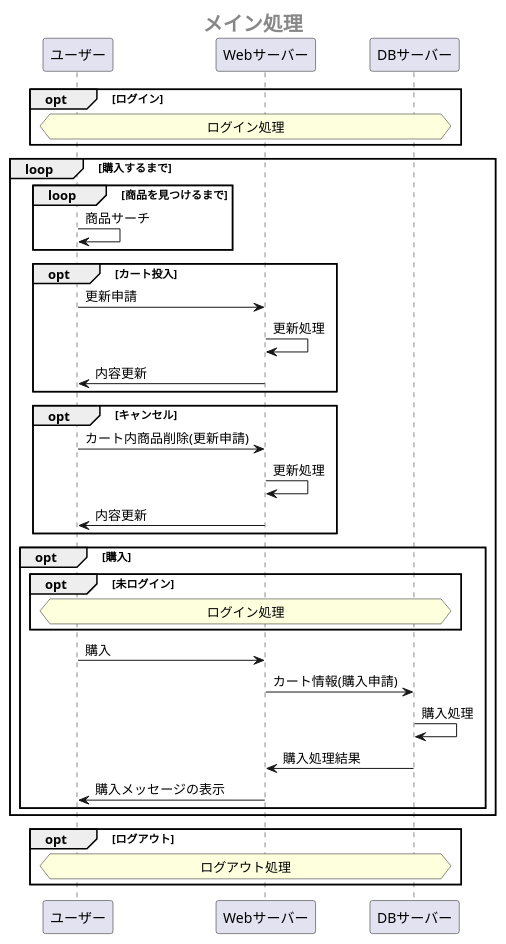
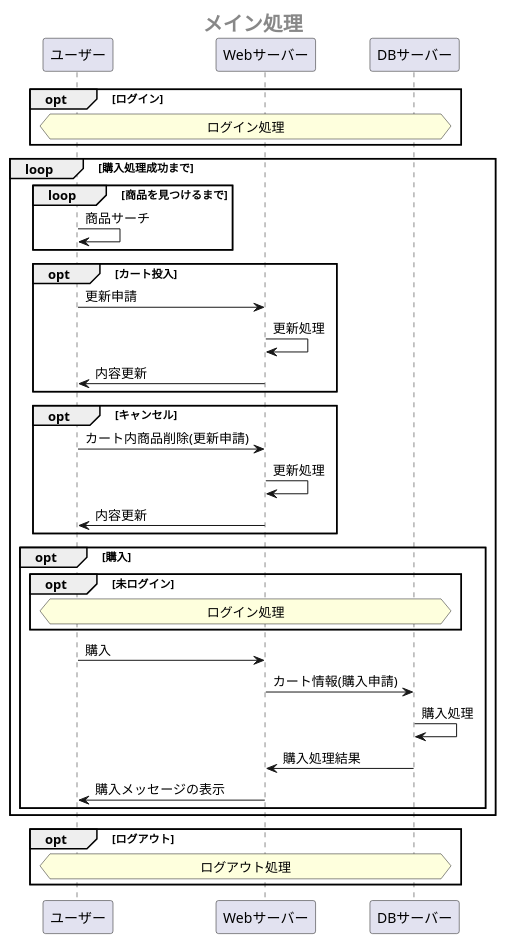
The first of 4 diagrams in sample/OperationFrow.md (Aso2001385/2021sys-design), drawn with PlantUML before and after one commit. The commit also changed other lines of this file, not shown here.

````diff
--- a/sample/OperationFrow.md
+++ b/sample/OperationFrow.md
@@ -1,43 +1,42 @@
 ```uml 
 @startuml 
-center header <size:20><b>メイン処理</b></size>
+ center header <size:20><b>メイン処理</b></size>
 
-opt ログイン
- hnote across: ログイン処理
-end
-
-loop 購入するまで
- loop 商品を見つけるまで
-  ユーザー -> ユーザー:商品サーチ
- end
- 
- opt カート投入
-  ユーザー -> Webサーバー:更新申請
-  Webサーバー -> Webサーバー:更新処理
-  Webサーバー ->ユーザー:内容更新
- end
- opt キャンセル
-  ユーザー -> Webサーバー:カート内商品削除(更新申請)
-  Webサーバー -> Webサーバー:更新処理
-  Webサーバー ->ユーザー:内容更新
- end
- 
- opt 購入
-  opt 未ログイン
-    hnote across: ログイン処理
-  end
-  ユーザー -> Webサーバー:購入
-  Webサーバー -> DBサーバー:カート情報(購入申請)
-  DBサーバー -> DBサーバー:購入処理
-  DBサーバー -> Webサーバー:購入処理結果
-  Webサーバー ->ユーザー:購入メッセージの表示
+ opt ログイン
+  hnote across: ログイン処理
  end
 
-end
+ loop 購入処理成功まで
+  loop 商品を見つけるまで
+   ユーザー -> ユーザー:商品サーチ
+  end
 
-opt ログアウト
- hnote across: ログアウト処理
-end
- 
+  opt カート投入
+   ユーザー -> Webサーバー:更新申請
+   Webサーバー -> Webサーバー:更新処理
+   Webサーバー ->ユーザー:内容更新
+  end
+  opt キャンセル
+   ユーザー -> Webサーバー:カート内商品削除(更新申請)
+   Webサーバー -> Webサーバー:更新処理
+   Webサーバー ->ユーザー:内容更新
+  end
+
+  opt 購入
+   opt 未ログイン
+     hnote across: ログイン処理
+   end
+   ユーザー -> Webサーバー:購入
+   Webサーバー -> DBサーバー:カート情報(購入申請)
+   DBサーバー -> DBサーバー:購入処理
+   DBサーバー -> Webサーバー:購入処理結果
+   Webサーバー ->ユーザー:購入メッセージの表示
+  end
+
+ end
+
+ opt ログアウト
+  hnote across: ログアウト処理
+ end
 @enduml
 ```
````
